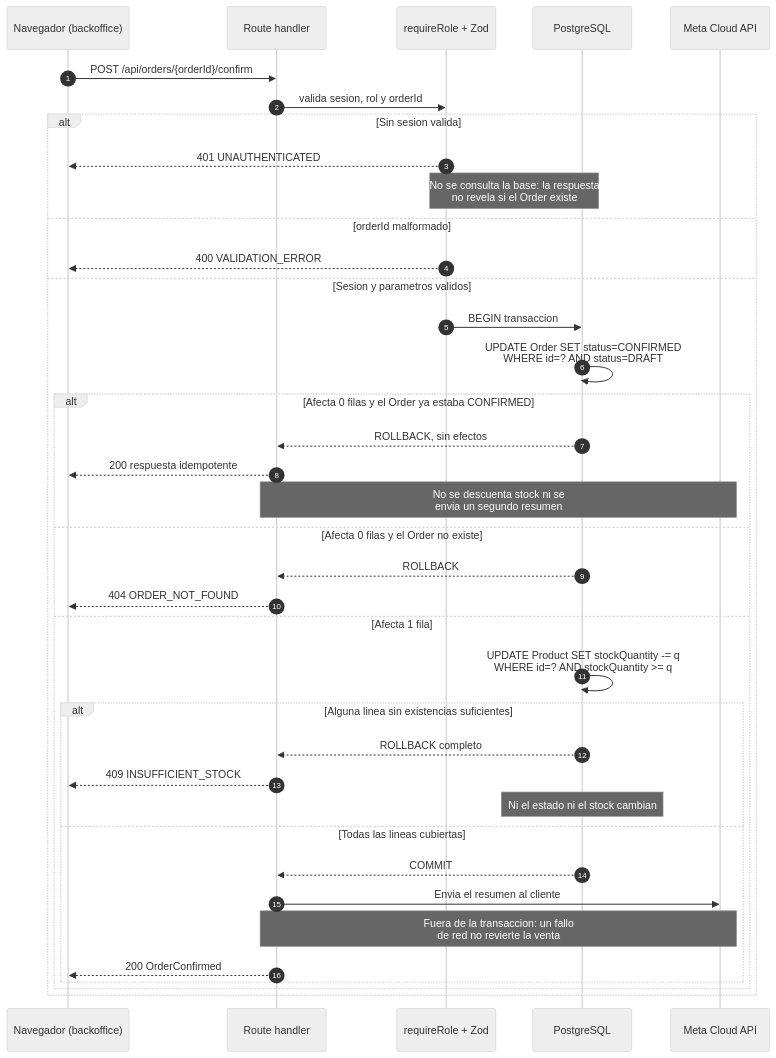
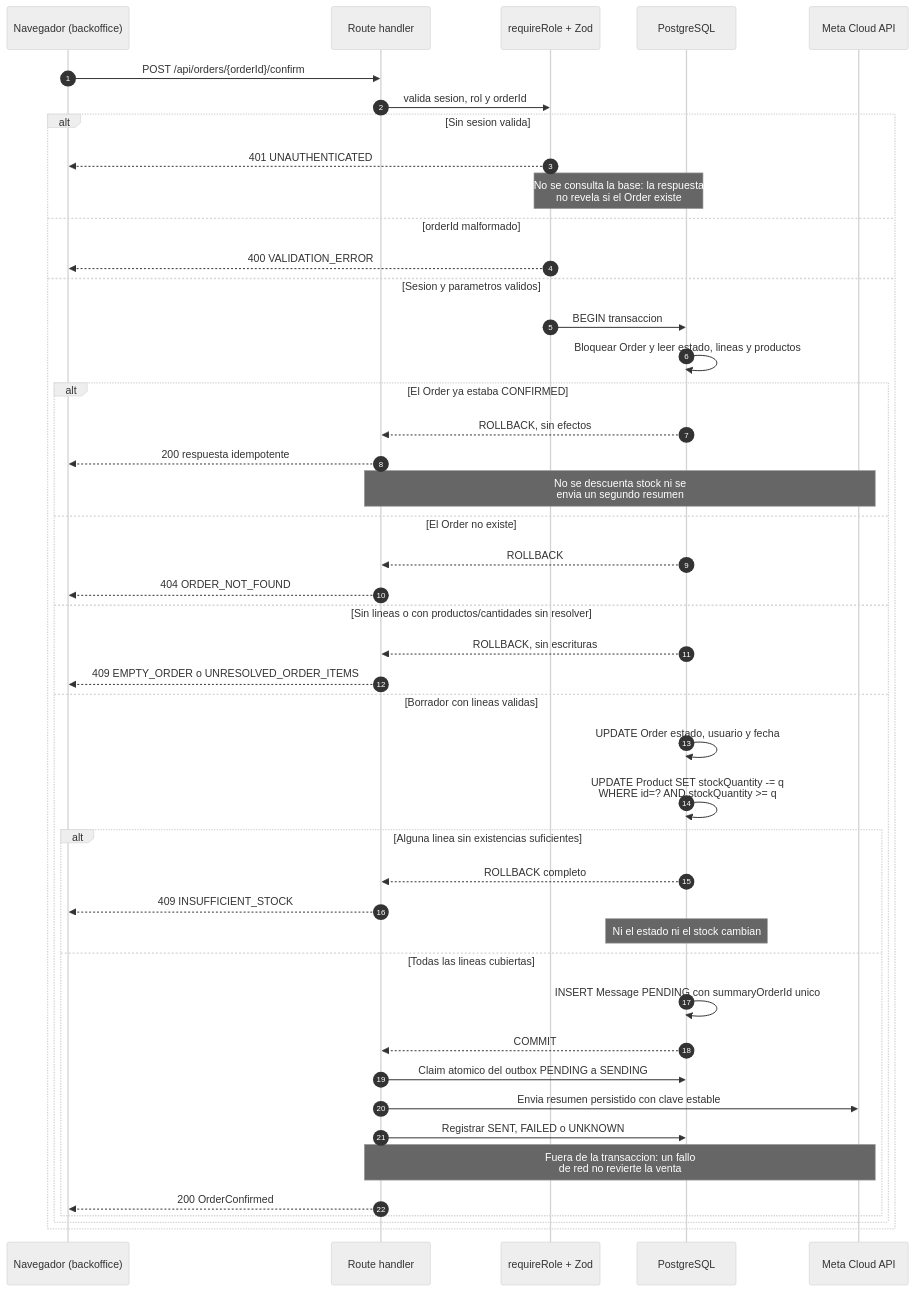
The seventh of 7 diagrams in readme.md (fedewagner/SRS-Carnik), drawn with Mermaid (neutral theme) before and after one commit. The commit also changed other lines of this file and 8 other files, not shown here.

````diff
--- a/readme.md
+++ b/readme.md
@@ -1764,44 +1871,51 @@
 ```mermaid
 sequenceDiagram
     autonumber
     participant N as Navegador (backoffice)
     participant A as Route handler
     participant G as requireRole + Zod
     participant D as PostgreSQL
     participant W as Meta Cloud API
 
     N->>A: POST /api/orders/{orderId}/confirm
     A->>G: valida sesion, rol y orderId
 
     alt Sin sesion valida
         G-->>N: 401 UNAUTHENTICATED
         Note over G,D: No se consulta la base: la respuesta<br/>no revela si el Order existe
     else orderId malformado
         G-->>N: 400 VALIDATION_ERROR
     else Sesion y parametros validos
         G->>D: BEGIN transaccion
-        D->>D: UPDATE Order SET status=CONFIRMED<br/>WHERE id=? AND status=DRAFT
+        D->>D: Bloquear Order y leer estado, lineas y productos
 
-        alt Afecta 0 filas y el Order ya estaba CONFIRMED
+        alt El Order ya estaba CONFIRMED
             D-->>A: ROLLBACK, sin efectos
             A-->>N: 200 respuesta idempotente
             Note over A,W: No se descuenta stock ni se<br/>envia un segundo resumen
-        else Afecta 0 filas y el Order no existe
+        else El Order no existe
             D-->>A: ROLLBACK
             A-->>N: 404 ORDER_NOT_FOUND
-        else Afecta 1 fila
+        else Sin lineas o con productos/cantidades sin resolver
+            D-->>A: ROLLBACK, sin escrituras
+            A-->>N: 409 EMPTY_ORDER o UNRESOLVED_ORDER_ITEMS
+        else Borrador con lineas validas
+            D->>D: UPDATE Order estado, usuario y fecha
             D->>D: UPDATE Product SET stockQuantity -= q<br/>WHERE id=? AND stockQuantity >= q
 
             alt Alguna linea sin existencias suficientes
                 D-->>A: ROLLBACK completo
                 A-->>N: 409 INSUFFICIENT_STOCK
                 Note over D: Ni el estado ni el stock cambian
             else Todas las lineas cubiertas
+                D->>D: INSERT Message PENDING con summaryOrderId unico
                 D-->>A: COMMIT
-                A->>W: Envia el resumen al cliente
+                A->>D: Claim atomico del outbox PENDING a SENDING
+                A->>W: Envia resumen persistido con clave estable
+                A->>D: Registrar SENT, FAILED o UNKNOWN
                 Note over A,W: Fuera de la transaccion: un fallo<br/>de red no revierte la venta
                 A-->>N: 200 OrderConfirmed
             end
         end
     end
 ```
````
